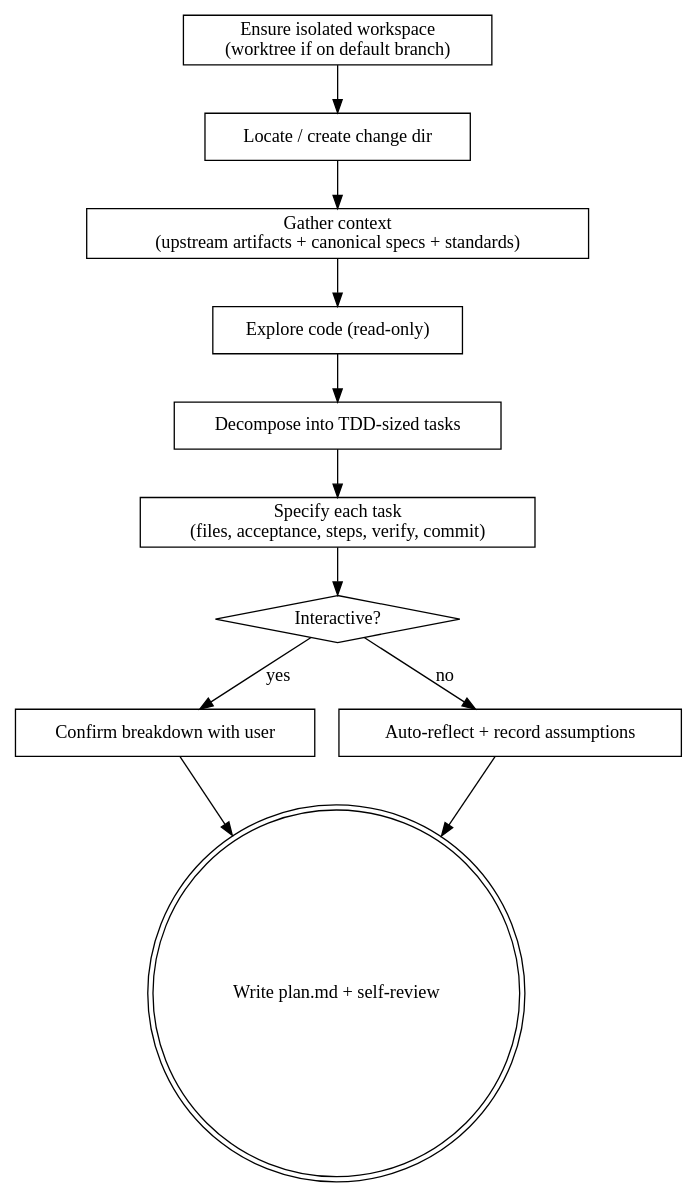
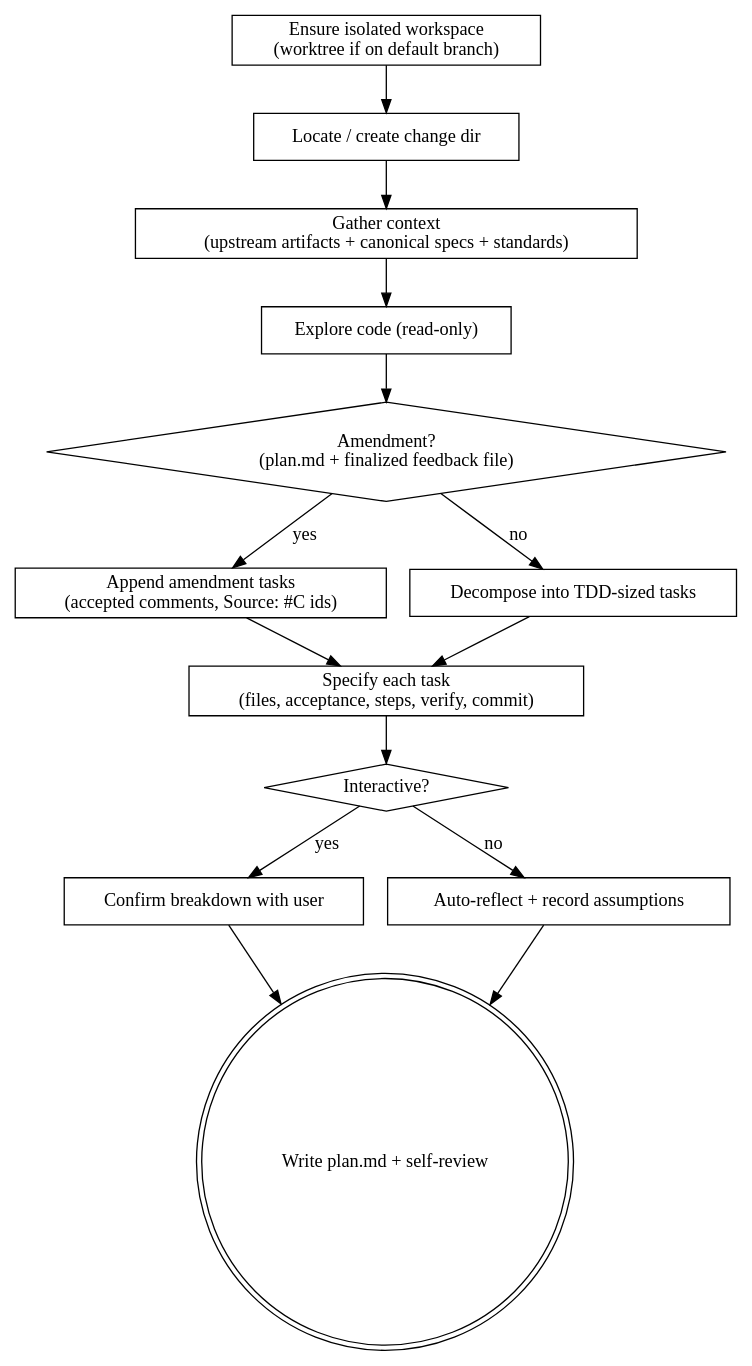
One commit to caiorcferreira/hamilton changed the diagram in skills/hamilton-plan/SKILL.md. Above: the diagram before and after it, drawn with Graphviz. The commit also changed other lines of this file and 14 other files, not shown here.

````diff
--- a/skills/hamilton-plan/SKILL.md
+++ b/skills/hamilton-plan/SKILL.md
@@ -172,25 +210,30 @@
 ```dot
 digraph hamilton_plan {
     "Ensure isolated workspace\n(worktree if on default branch)" [shape=box];
     "Locate / create change dir" [shape=box];
     "Gather context\n(upstream artifacts + canonical specs + standards)" [shape=box];
     "Explore code (read-only)" [shape=box];
+    "Amendment?\n(plan.md + finalized feedback file)" [shape=diamond];
+    "Append amendment tasks\n(accepted comments, Source: #C ids)" [shape=box];
     "Decompose into TDD-sized tasks" [shape=box];
     "Specify each task\n(files, acceptance, steps, verify, commit)" [shape=box];
     "Interactive?" [shape=diamond];
     "Confirm breakdown with user" [shape=box];
     "Auto-reflect + record assumptions" [shape=box];
     "Write plan.md + self-review" [shape=doublecircle];
 
     "Ensure isolated workspace\n(worktree if on default branch)" -> "Locate / create change dir";
     "Locate / create change dir" -> "Gather context\n(upstream artifacts + canonical specs + standards)";
     "Gather context\n(upstream artifacts + canonical specs + standards)" -> "Explore code (read-only)";
-    "Explore code (read-only)" -> "Decompose into TDD-sized tasks";
+    "Explore code (read-only)" -> "Amendment?\n(plan.md + finalized feedback file)";
+    "Amendment?\n(plan.md + finalized feedback file)" -> "Append amendment tasks\n(accepted comments, Source: #C ids)" [label="yes"];
+    "Amendment?\n(plan.md + finalized feedback file)" -> "Decompose into TDD-sized tasks" [label="no"];
+    "Append amendment tasks\n(accepted comments, Source: #C ids)" -> "Specify each task\n(files, acceptance, steps, verify, commit)";
     "Decompose into TDD-sized tasks" -> "Specify each task\n(files, acceptance, steps, verify, commit)";
     "Specify each task\n(files, acceptance, steps, verify, commit)" -> "Interactive?";
     "Interactive?" -> "Confirm breakdown with user" [label="yes"];
     "Interactive?" -> "Auto-reflect + record assumptions" [label="no"];
     "Confirm breakdown with user" -> "Write plan.md + self-review";
     "Auto-reflect + record assumptions" -> "Write plan.md + self-review";
 }
 ```
````
